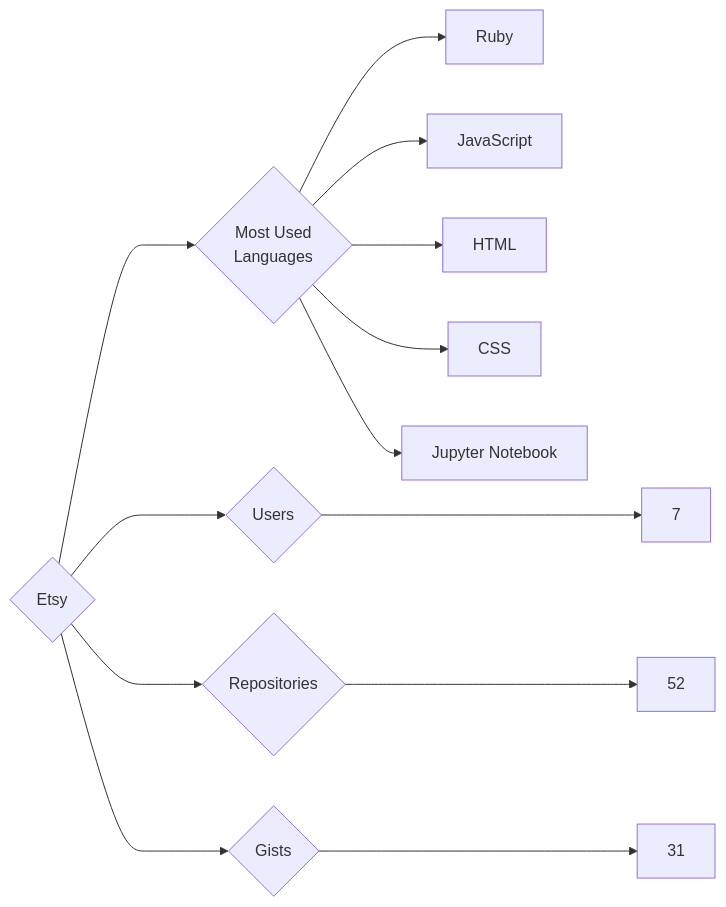
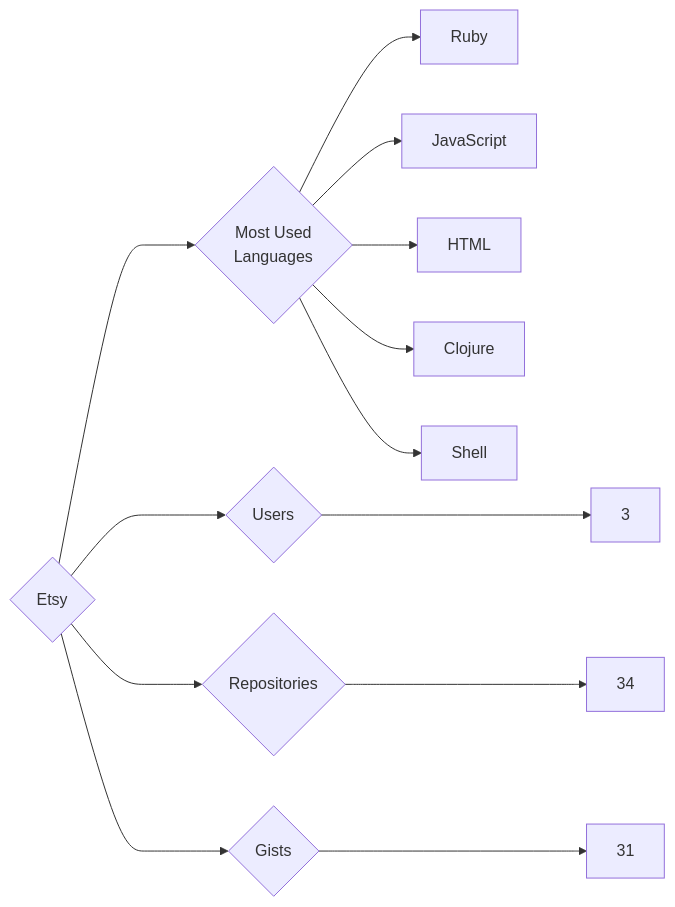
The diagram in targets/Etsy/README.md (trickest/insiders), drawn with Mermaid before and after one commit. The commit also changed 1084 other files, not shown here.

````diff
--- a/targets/Etsy/README.md
+++ b/targets/Etsy/README.md
@@ -3,13 +3,13 @@
 ```mermaid
 graph LR
 COMPANY_NAME{Etsy}
-COMPANY_NAME ---> U{Users} ---> UN[7]
-COMPANY_NAME ---> R{Repositories} ---> RN[52]
+COMPANY_NAME ---> U{Users} ---> UN[3]
+COMPANY_NAME ---> R{Repositories} ---> RN[34]
 COMPANY_NAME ---> G{Gists} ---> GN[31]
 COMPANY_NAME ---> ML{Most Used<br>Languages}
 ML --> Ruby[Ruby]
 ML --> JavaScript[JavaScript]
 ML --> HTML[HTML]
-ML --> CSS[CSS]
-ML --> Jupyter_Notebook[Jupyter Notebook]
+ML --> Clojure[Clojure]
+ML --> Shell[Shell]
 ```
````
